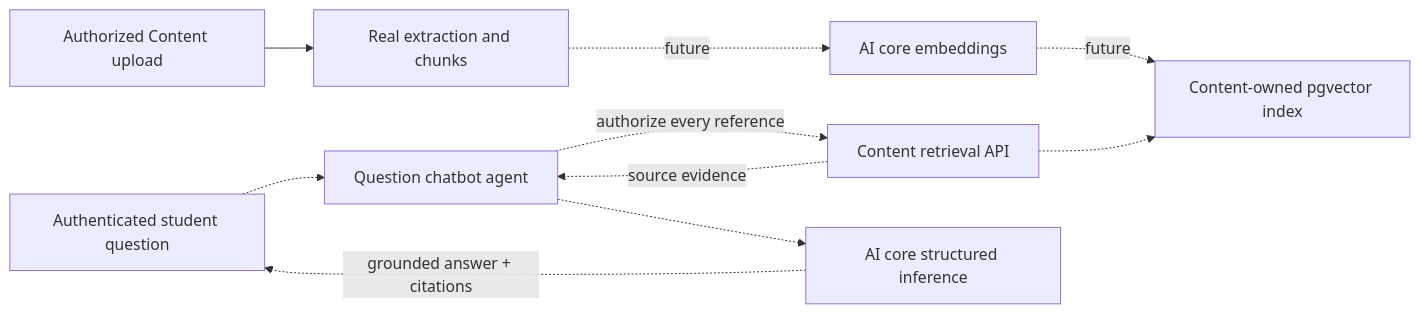
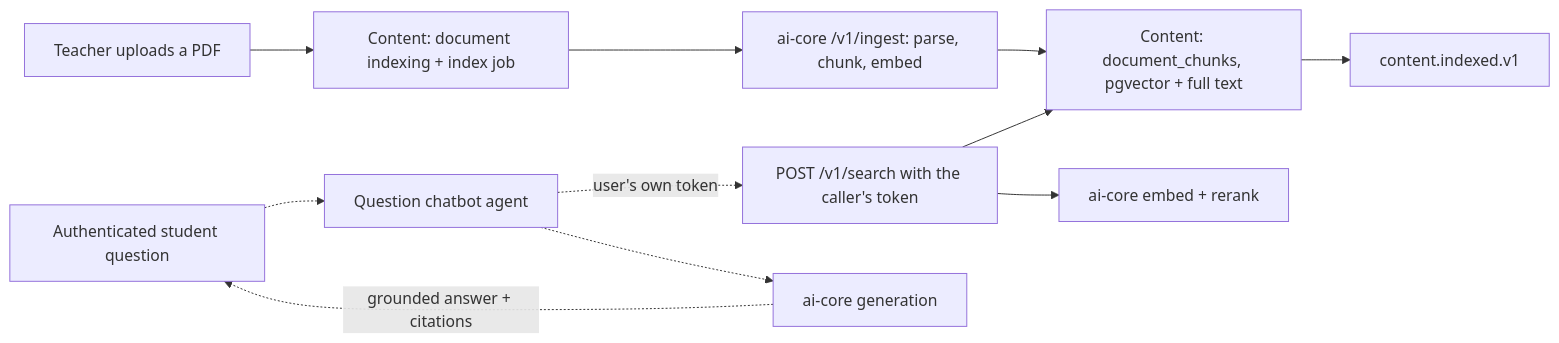
The second of 2 diagrams in docs/architecture/system.md (Naren3333/FSD_2026), drawn with Mermaid before and after one commit. The commit also changed other lines of this file and 22 other files, not shown here.

First line of the commit message:
Index uploaded PDFs and add search to Content

````diff
--- a/docs/architecture/system.md
+++ b/docs/architecture/system.md
@@ -50,12 +51,13 @@
 ```mermaid
 flowchart LR
-  Upload[Authorized Content upload] --> Extract[Real extraction and chunks]
-  Extract -. future .-> Embed[AI core embeddings]
-  Embed -. future .-> Vector[Content-owned pgvector index]
+  Upload[Teacher uploads a PDF] --> Job[Content: document indexing + index job]
+  Job --> Ingest[ai-core /v1/ingest: parse, chunk, embed]
+  Ingest --> Vector[Content: document_chunks, pgvector + full text]
+  Vector --> Event[content.indexed.v1]
+  Search[POST /v1/search with the caller's token] --> Vector
+  Search --> Rerank[ai-core embed + rerank]
   Student[Authenticated student question] -.-> Chat[Question chatbot agent]
-  Chat -. authorize every reference .-> Retrieval[Content retrieval API]
-  Retrieval -.-> Vector
-  Retrieval -. source evidence .-> Chat
-  Chat -.-> Inference[AI core structured inference]
+  Chat -. user's own token .-> Search
+  Chat -.-> Inference[ai-core generation]
   Inference -. grounded answer + citations .-> Student
 ```
````
